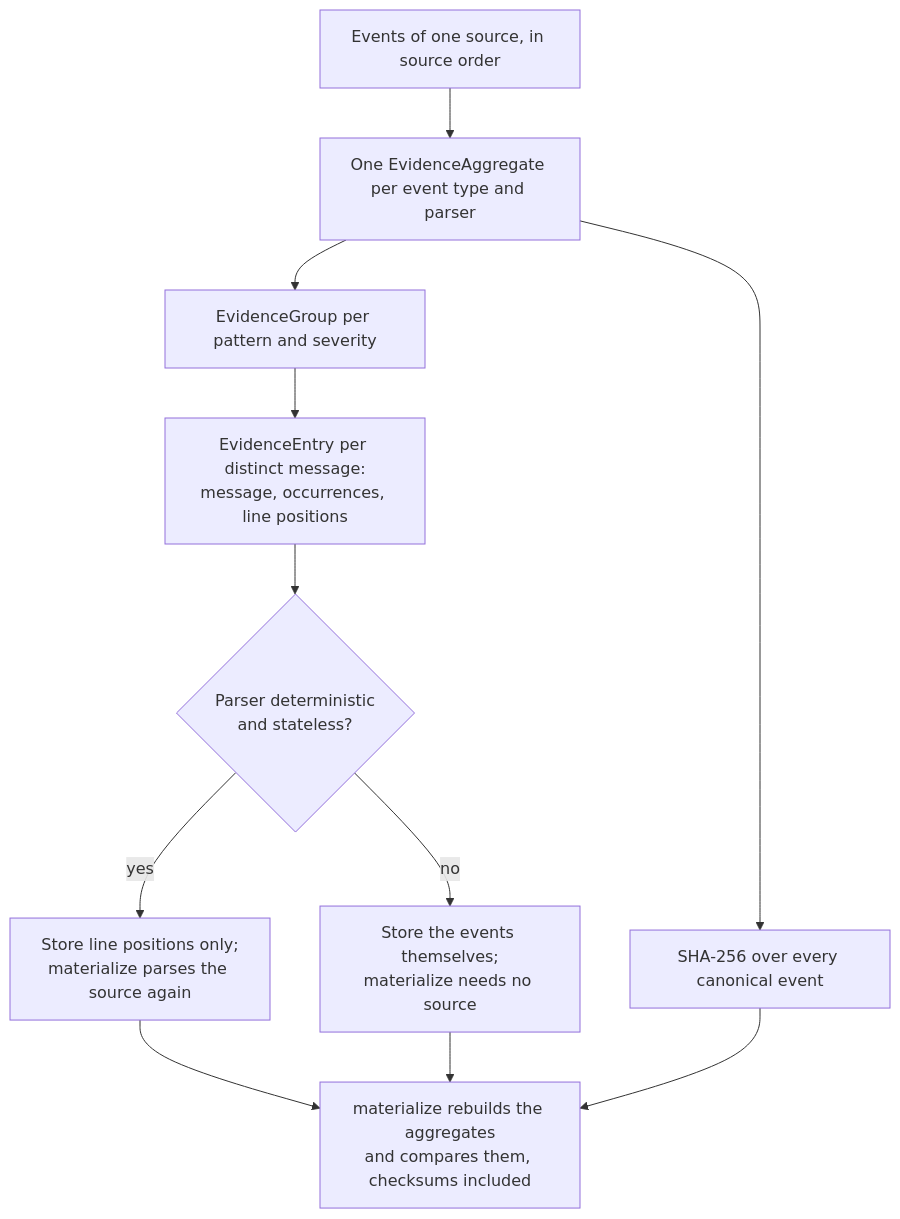
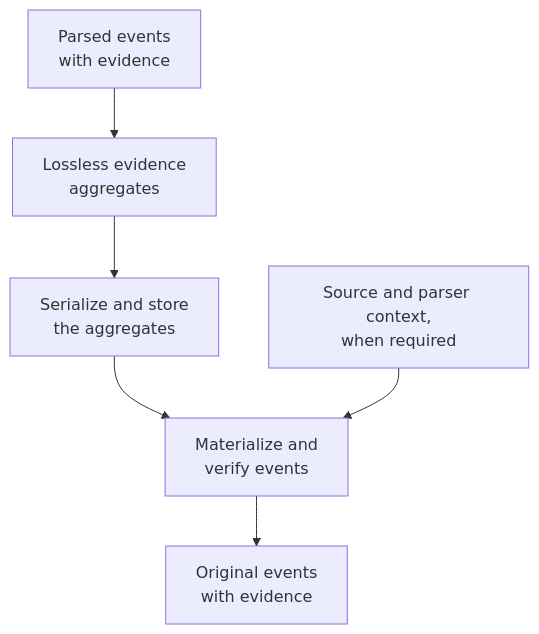
One commit to smuniharish/parsefabric changed the diagram in diagrams/aggregation.mmd. Above: the diagram before and after it, drawn with Mermaid. The commit also changed 25 other files, not shown here.

```diff
--- a/diagrams/aggregation.mmd
+++ b/diagrams/aggregation.mmd
@@ -1,11 +1,6 @@
 flowchart TB
-    events["Events of one source, in source order"] --> byType["One EvidenceAggregate per event type and parser"]
-    byType --> groups["EvidenceGroup per pattern and severity"]
-    byType --> checksum["SHA-256 over every canonical event"]
-    groups --> entries["EvidenceEntry per distinct message:<br/>message, occurrences, line positions"]
-    entries --> choice{"Parser deterministic<br/>and stateless?"}
-    choice -- yes --> positions["Store line positions only;<br/>materialize parses the source again"]
-    choice -- no --> retained["Store the events themselves;<br/>materialize needs no source"]
-    positions --> verify["materialize rebuilds the aggregates<br/>and compares them, checksums included"]
-    retained --> verify
-    checksum --> verify
+    events["Parsed events<br/>with evidence"] --> aggregate["Lossless evidence<br/>aggregates"]
+    aggregate --> storage["Serialize and store<br/>the aggregates"]
+    storage --> restore["Materialize and<br/>verify events"]
+    source["Source and parser context,<br/>when required"] --> restore
+    restore --> result["Original events<br/>with evidence"]
```
